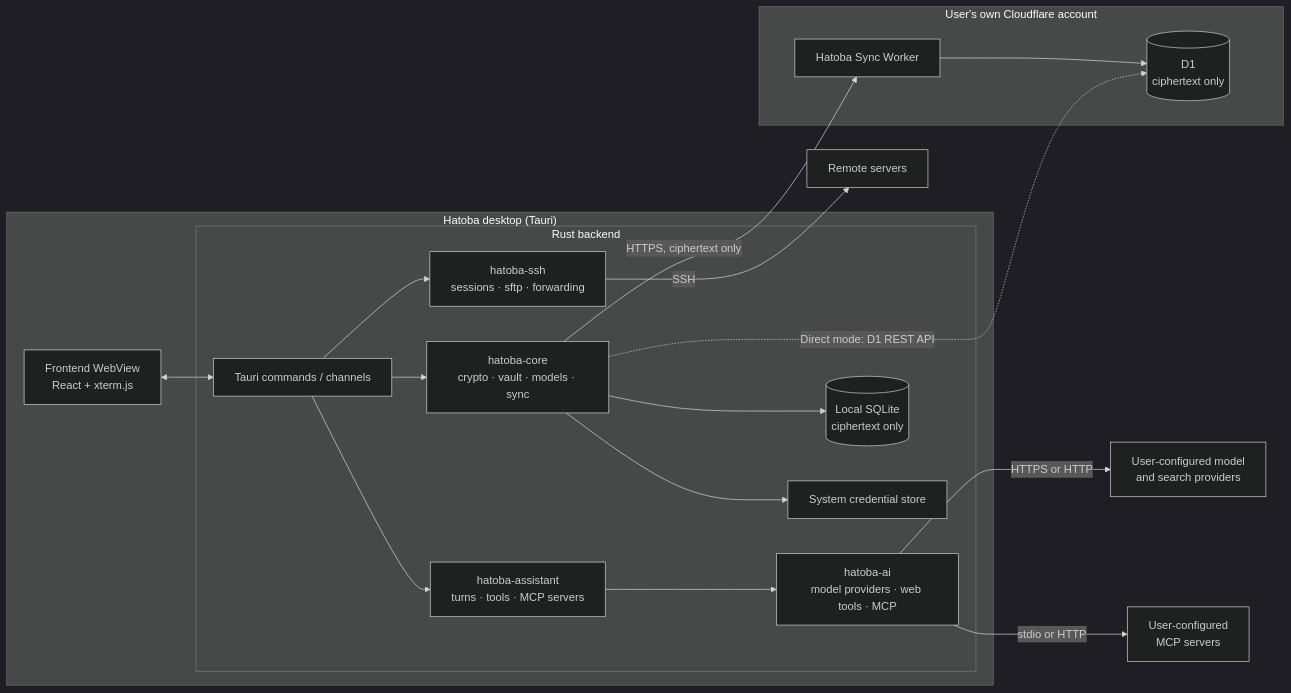
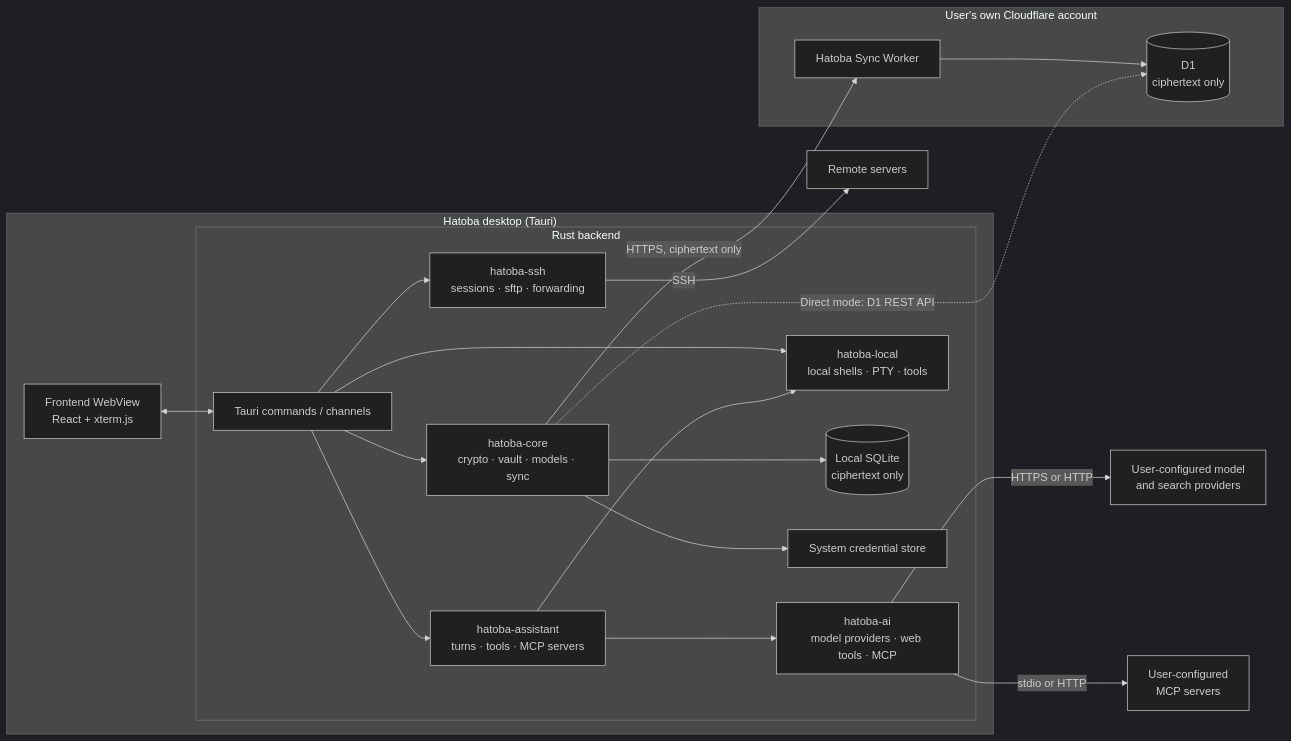
One commit to scarletkc/Hatoba changed the diagram in docs/hatoba-spec.md. Above: the diagram before and after it, drawn with Mermaid (dark theme). The commit also changed other lines of this file and 11 other files, not shown here.

````diff
--- a/docs/hatoba-spec.md
+++ b/docs/hatoba-spec.md
@@ -56,32 +61,35 @@
 ```mermaid
 flowchart LR
   subgraph Desktop["Hatoba desktop (Tauri)"]
     UI["Frontend WebView<br/>React + xterm.js"]
     subgraph Rust["Rust backend"]
       CMD["Tauri commands / channels"]
       CORE["hatoba-core<br/>crypto · vault · models · sync"]
       SSH["hatoba-ssh<br/>sessions · sftp · forwarding"]
       ASSIST["hatoba-assistant<br/>turns · tools · MCP servers"]
       AI["hatoba-ai<br/>model providers · web tools · MCP"]
+      LOCAL["hatoba-local<br/>local shells · PTY · tools"]
       DB[("Local SQLite<br/>ciphertext only")]
       KC["System credential store"]
     end
   end
   subgraph CF["User's own Cloudflare account"]
     W["Hatoba Sync Worker"]
     D1[("D1<br/>ciphertext only")]
   end
   UI <--> CMD
   CMD --> CORE
   CMD --> SSH
   CMD --> ASSIST
+  CMD --> LOCAL
   ASSIST --> AI
+  ASSIST --> LOCAL
   AI -->|HTTPS or HTTP| Providers["User-configured model<br/>and search providers"]
   AI -->|stdio or HTTP| MCP["User-configured<br/>MCP servers"]
   CORE --> DB
   CORE --> KC
   SSH -->|SSH| Servers["Remote servers"]
   CORE -->|HTTPS, ciphertext only| W
   W --> D1
   CORE -.->|Direct mode: D1 REST API| D1
 ```
````
